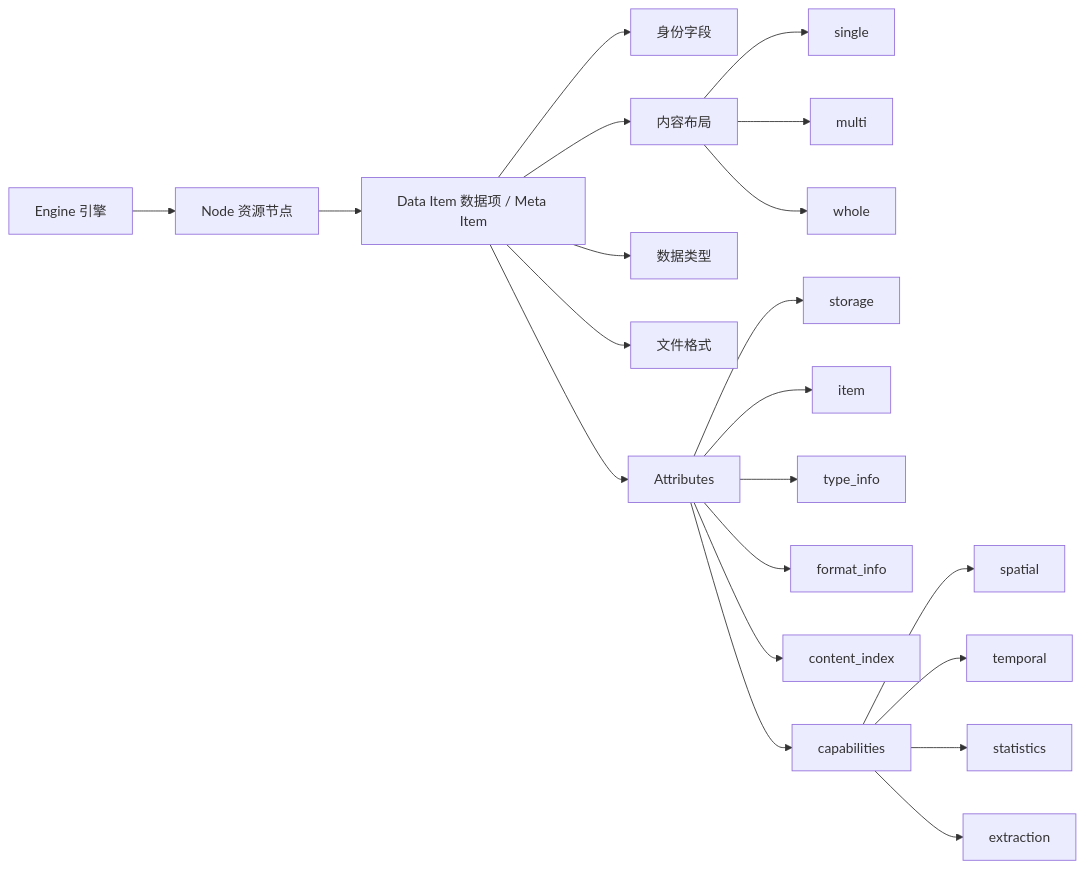
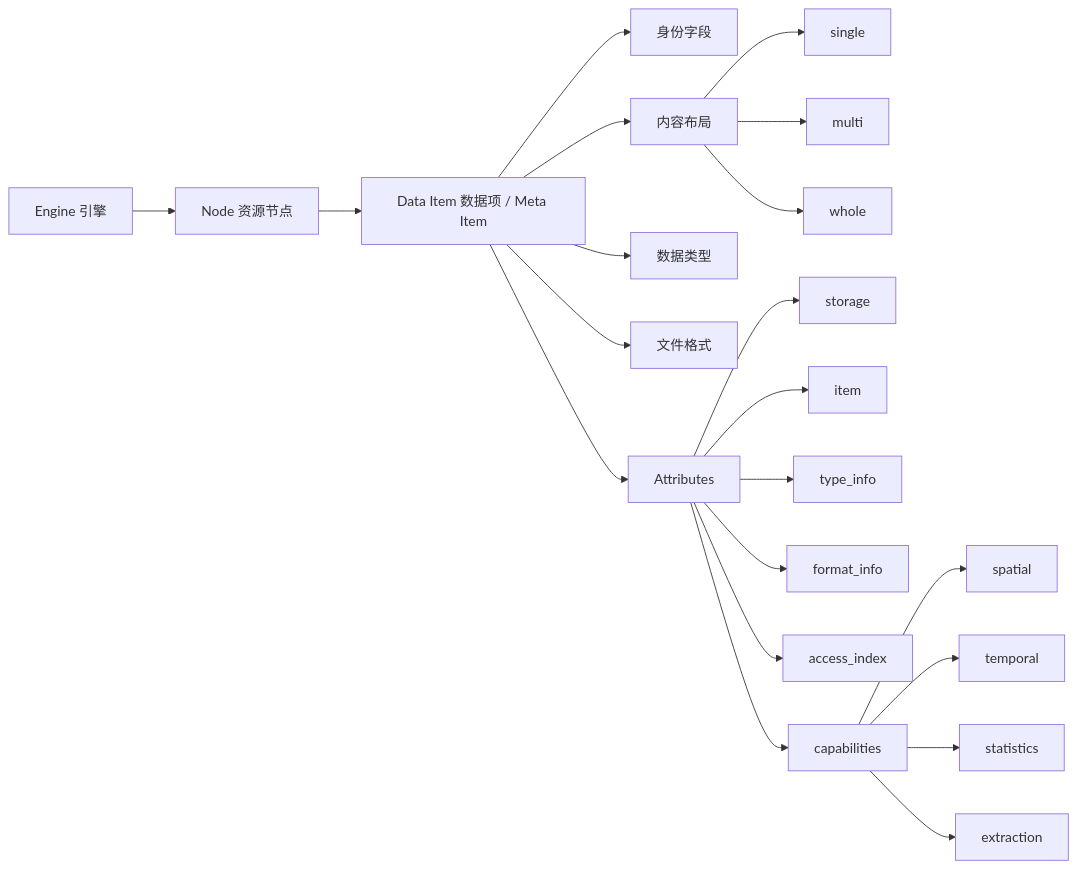
The diagram in docs/concepts/addp数据项体系图.md (pampa0629/addp), drawn with Mermaid before and after one commit. The commit also changed 119 other files, not shown here.

````diff
--- a/docs/concepts/addp数据项体系图.md
+++ b/docs/concepts/addp数据项体系图.md
@@ -25,27 +25,27 @@
 ```mermaid
 graph LR
     Engine[Engine 引擎] --> Node[Node 资源节点]
     Node --> Item[Data Item 数据项 / Meta Item]
 
     Item --> Identity[身份字段]
     Item --> Layout[内容布局]
     Item --> DataType[数据类型]
     Item --> Format[文件格式]
     Item --> Attributes[Attributes]
 
     Layout --> Single[single]
     Layout --> Multi[multi]
     Layout --> Whole[whole]
 
     Attributes --> Storage[storage]
     Attributes --> ItemAttrs[item]
     Attributes --> TypeInfo[type_info]
     Attributes --> FormatInfo[format_info]
-    Attributes --> ContentIndex[content_index]
+    Attributes --> AccessIndex[access_index]
     Attributes --> Capabilities[capabilities]
 
     Capabilities --> Spatial[spatial]
     Capabilities --> Temporal[temporal]
     Capabilities --> Statistics[statistics]
     Capabilities --> Extraction[extraction]
 ```
````
